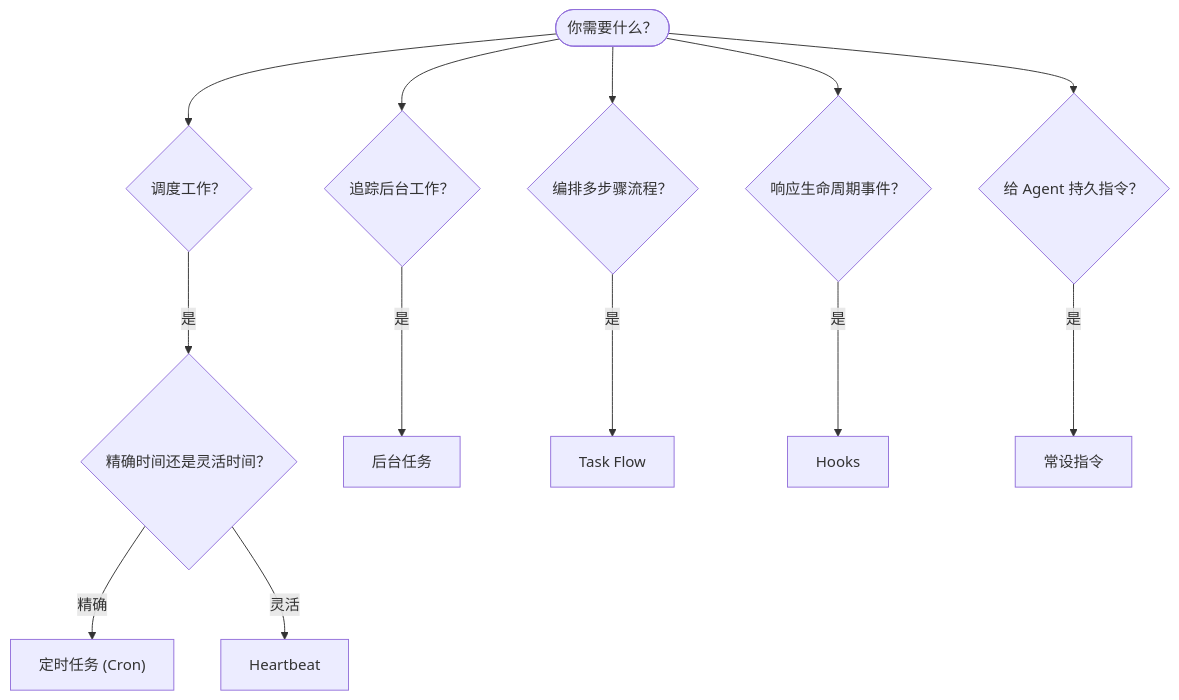
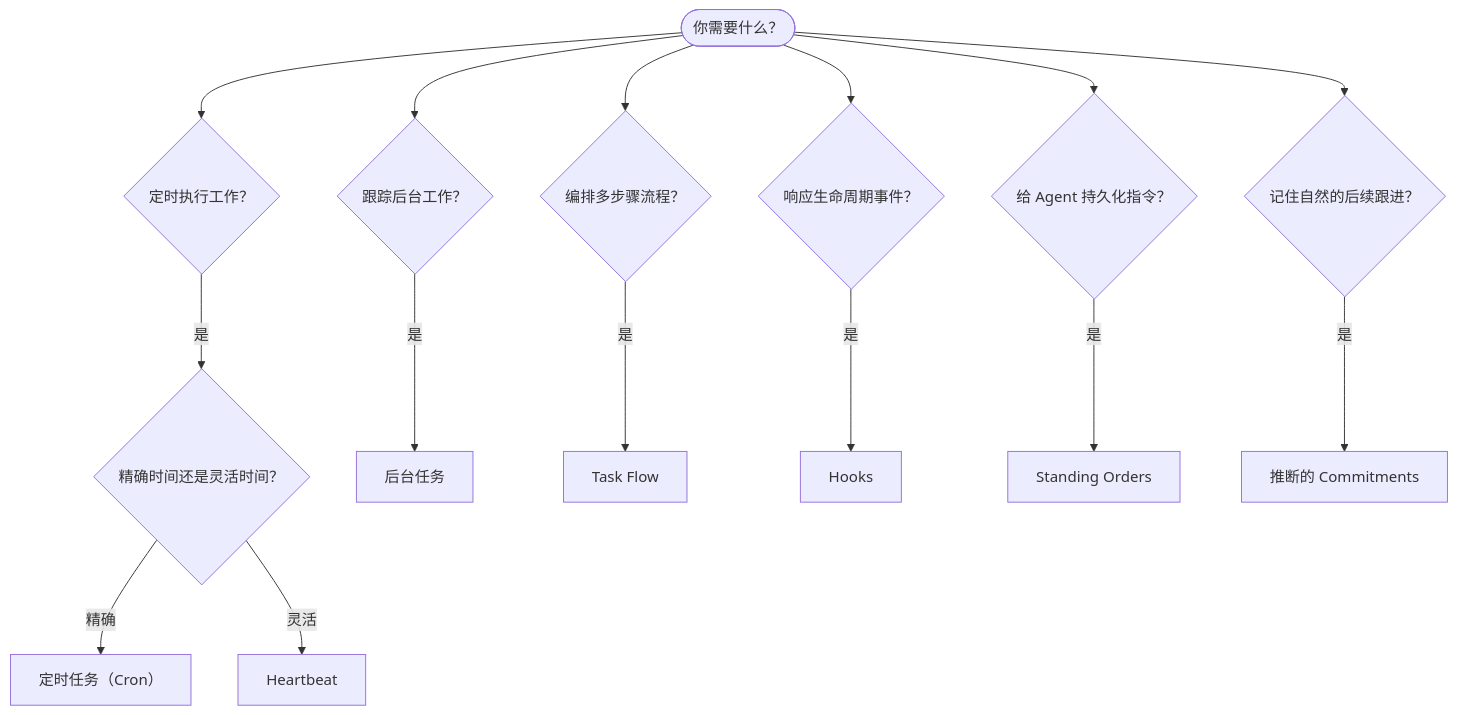
Before and after one commit to Explorer1092/openclaw-zh: the diagram in docs/zh/automation/index.md, drawn with Mermaid. The commit also changed other lines of this file and 12 other files, not shown here.

````diff
--- a/docs/zh/automation/index.md
+++ b/docs/zh/automation/index.md
@@ -17,17 +15,19 @@
 ```mermaid
 flowchart TD
-    START([你需要什么？]) --> Q1{调度工作？}
-    START --> Q2{追踪后台工作？}
+    START([你需要什么？]) --> Q1{定时执行工作？}
+    START --> Q2{跟踪后台工作？}
     START --> Q3{编排多步骤流程？}
     START --> Q4{响应生命周期事件？}
-    START --> Q5{给 Agent 持久指令？}
+    START --> Q5{给 Agent 持久化指令？}
+    START --> Q6{记住自然的后续跟进？}
 
     Q1 -->|是| Q1a{精确时间还是灵活时间？}
-    Q1a -->|精确| CRON["定时任务 (Cron)"]
+    Q1a -->|精确| CRON["定时任务（Cron）"]
     Q1a -->|灵活| HEARTBEAT[Heartbeat]
 
     Q2 -->|是| TASKS[后台任务]
     Q3 -->|是| FLOW[Task Flow]
     Q4 -->|是| HOOKS[Hooks]
-    Q5 -->|是| SO[常设指令]
+    Q5 -->|是| SO[Standing Orders]
+    Q6 -->|是| COMMITMENTS[推断的 Commitments]
 ```
````
